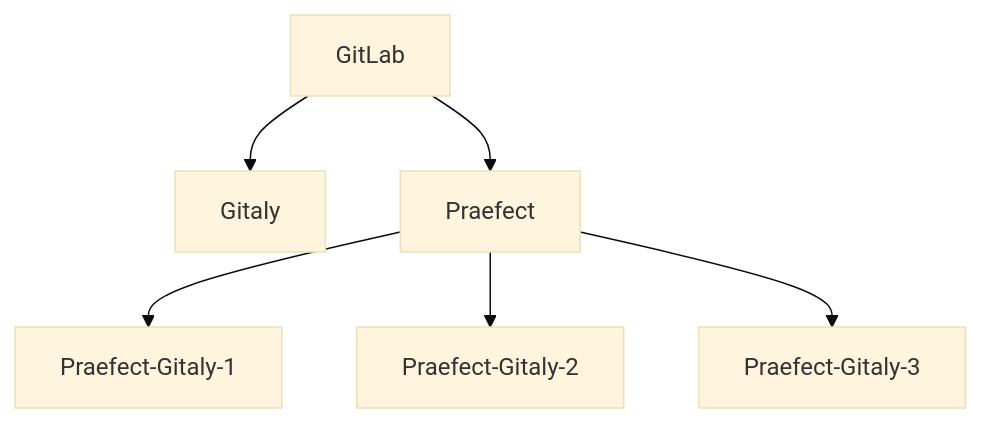
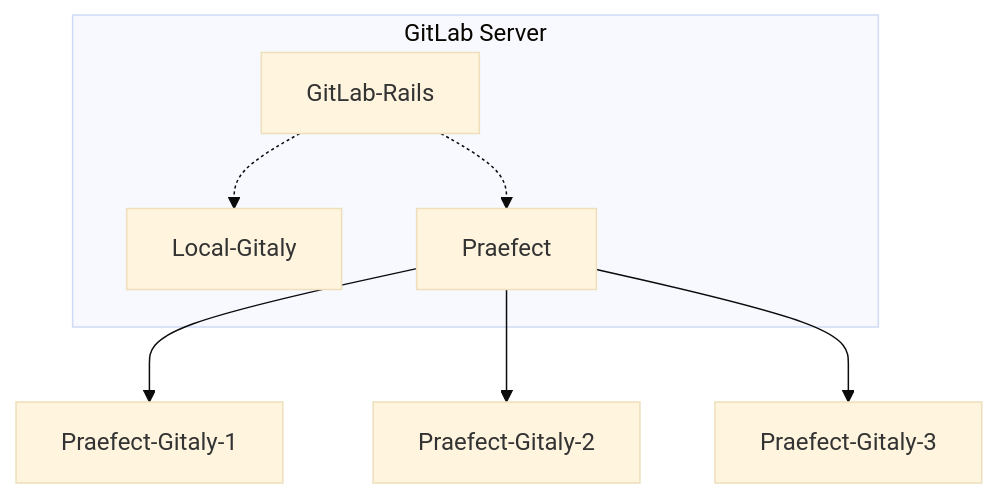
The diagram in doc/administration/gitaly/praefect.md (mehulagg/gitlab_test), drawn with Mermaid (base theme) before and after one commit. The commit also changed other lines of this file, not shown here.

Commit message:
Move Praefect to GitLab server

````diff
--- a/doc/administration/gitaly/praefect.md
+++ b/doc/administration/gitaly/praefect.md
@@ -25,8 +25,10 @@
 ```mermaid
 graph TB
-  GitLab --> Gitaly;
-  GitLab --> Praefect;
+  subgraph "GitLab Server"
+  GitLab-Rails -.-> Local-Gitaly;
+  GitLab-Rails -.-> Praefect;
+  end
   Praefect --> Praefect-Gitaly-1;
   Praefect --> Praefect-Gitaly-2;
   Praefect --> Praefect-Gitaly-3;
 ```
````
